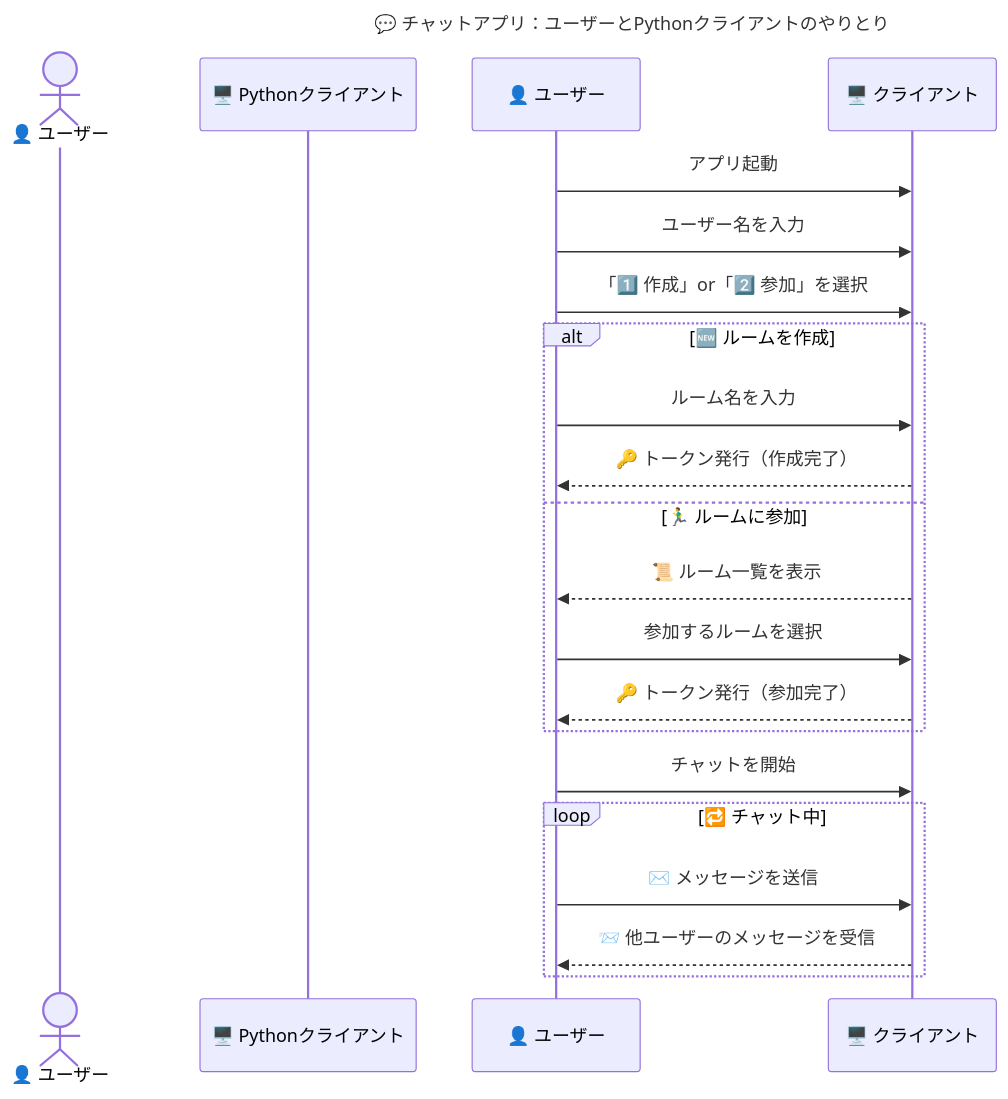
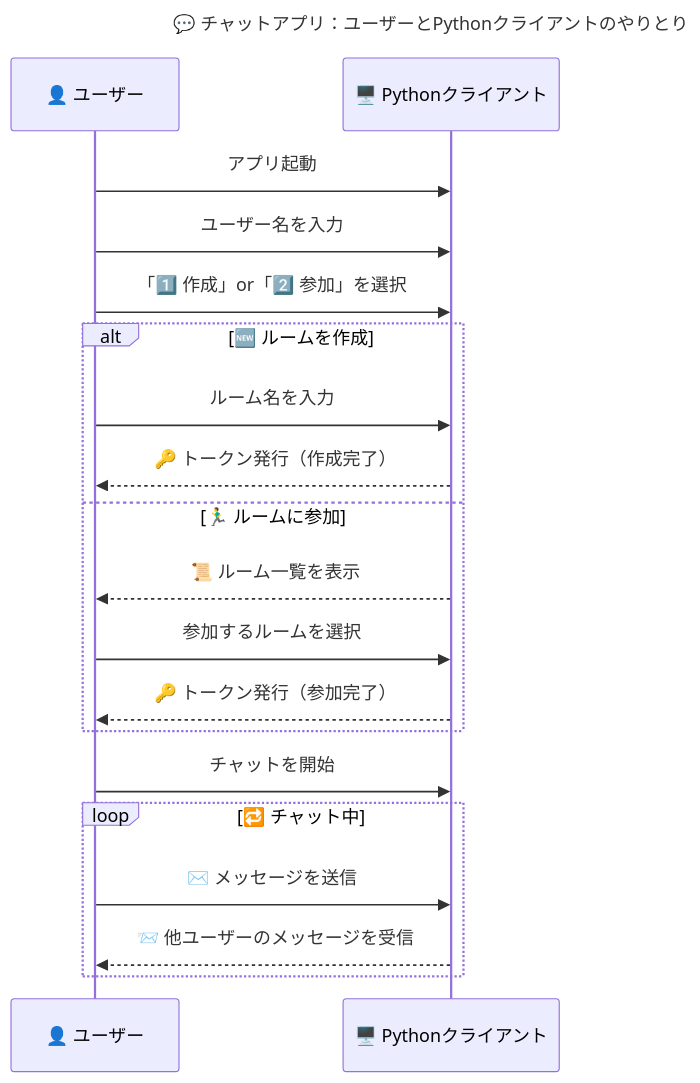
The first of 2 diagrams in README.md (BackendExplorer/Tenshin), drawn with Mermaid before and after one commit.

````diff
--- a/README.md
+++ b/README.md
@@ -1,31 +1,31 @@
 ```mermaid
 sequenceDiagram
     title 💬 チャットアプリ：ユーザーとPythonクライアントのやりとり
 
-    actor ユーザー as 👤 ユーザー
+    participant ユーザー as 👤 ユーザー
     participant クライアント as 🖥️ Pythonクライアント
 
     %% === 🚀 起動フェーズ ===
-    👤 ユーザー->>🖥️ クライアント: アプリ起動
-    👤 ユーザー->>🖥️ クライアント: ユーザー名を入力
-    👤 ユーザー->>🖥️ クライアント: 「1️⃣ 作成」or「2️⃣ 参加」を選択
+    ユーザー->>クライアント: アプリ起動
+    ユーザー->>クライアント: ユーザー名を入力
+    ユーザー->>クライアント: 「1️⃣ 作成」or「2️⃣ 参加」を選択
 
     %% === 🏠 ルーム選択フェーズ ===
     alt 🆕 ルームを作成
-        👤 ユーザー->>🖥️ クライアント: ルーム名を入力
-        🖥️ クライアント-->>👤 ユーザー: 🔑 トークン発行（作成完了）
+        ユーザー->>クライアント: ルーム名を入力
+        クライアント-->>ユーザー: 🔑 トークン発行（作成完了）
     else 🏃‍♂️ ルームに参加
-        🖥️ クライアント-->>👤 ユーザー: 📜 ルーム一覧を表示
-        👤 ユーザー->>🖥️ クライアント: 参加するルームを選択
-        🖥️ クライアント-->>👤 ユーザー: 🔑 トークン発行（参加完了）
+        クライアント-->>ユーザー: 📜 ルーム一覧を表示
+        ユーザー->>クライアント: 参加するルームを選択
+        クライアント-->>ユーザー: 🔑 トークン発行（参加完了）
     end
 
     %% === 💬 チャットフェーズ ===
-    👤 ユーザー->>🖥️ クライアント: チャットを開始
+    ユーザー->>クライアント: チャットを開始
 
     loop 🔁 チャット中
-        👤 ユーザー->>🖥️ クライアント: ✉️ メッセージを送信
-        🖥️ クライアント-->>👤 ユーザー: 📨 他ユーザーのメッセージを受信
+        ユーザー->>クライアント: ✉️ メッセージを送信
+        クライアント-->>ユーザー: 📨 他ユーザーのメッセージを受信
     end
 
 ```
````
